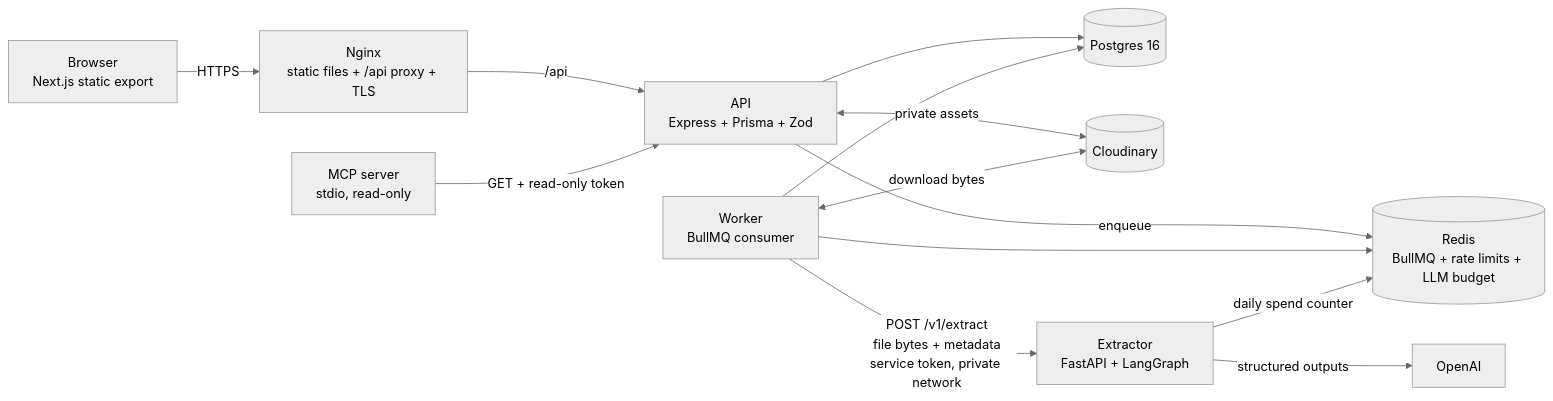
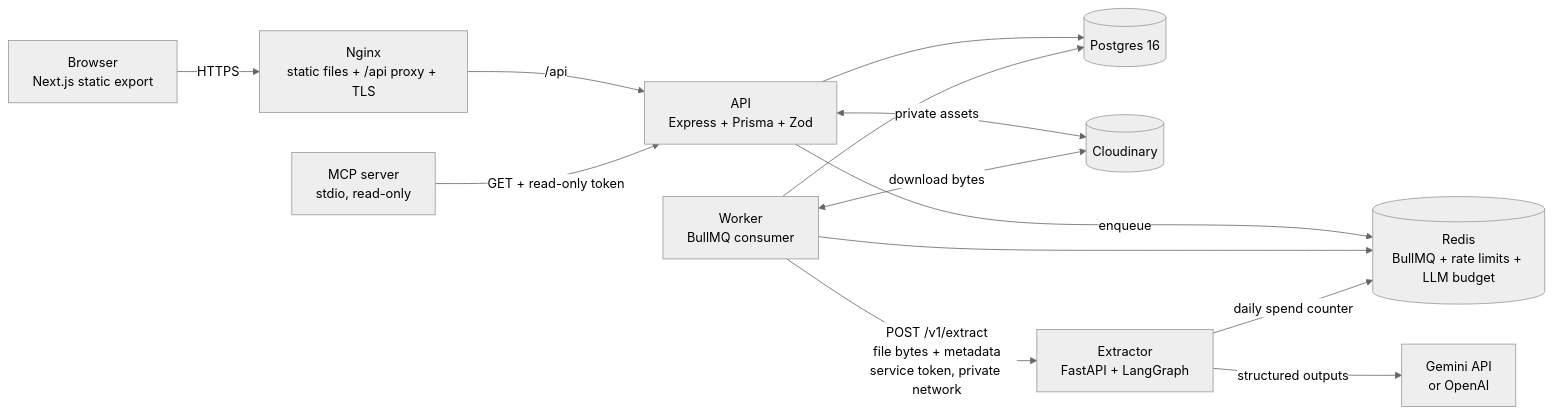
One commit to sundram7865/VeriBill changed the first of 3 diagrams in docs/ARCHITECTURE.md. Above: the diagram before and after it, drawn with Mermaid (neutral theme). The commit also changed 10 other files, not shown here.

````diff
--- a/docs/ARCHITECTURE.md
+++ b/docs/ARCHITECTURE.md
@@ -5,15 +5,15 @@
 ```mermaid
 flowchart LR
   B[Browser<br/>Next.js static export] -->|HTTPS| N[Nginx<br/>static files + /api proxy + TLS]
   N -->|/api| A[API<br/>Express + Prisma + Zod]
   A --> P[(Postgres 16)]
   A -->|enqueue| R[(Redis<br/>BullMQ + rate limits + LLM budget)]
   A <-->|private assets| C[(Cloudinary)]
   W[Worker<br/>BullMQ consumer] --> R
   W <-->|download bytes| C
   W -->|POST /v1/extract<br/>file bytes + metadata<br/>service token, private network| X[Extractor<br/>FastAPI + LangGraph]
-  X -->|structured outputs| O[OpenAI]
+  X -->|structured outputs| O[Gemini API<br/>or OpenAI]
   X -->|daily spend counter| R
   W --> P
   M[MCP server<br/>stdio, read-only] -->|GET + read-only token| A
 ```
````
